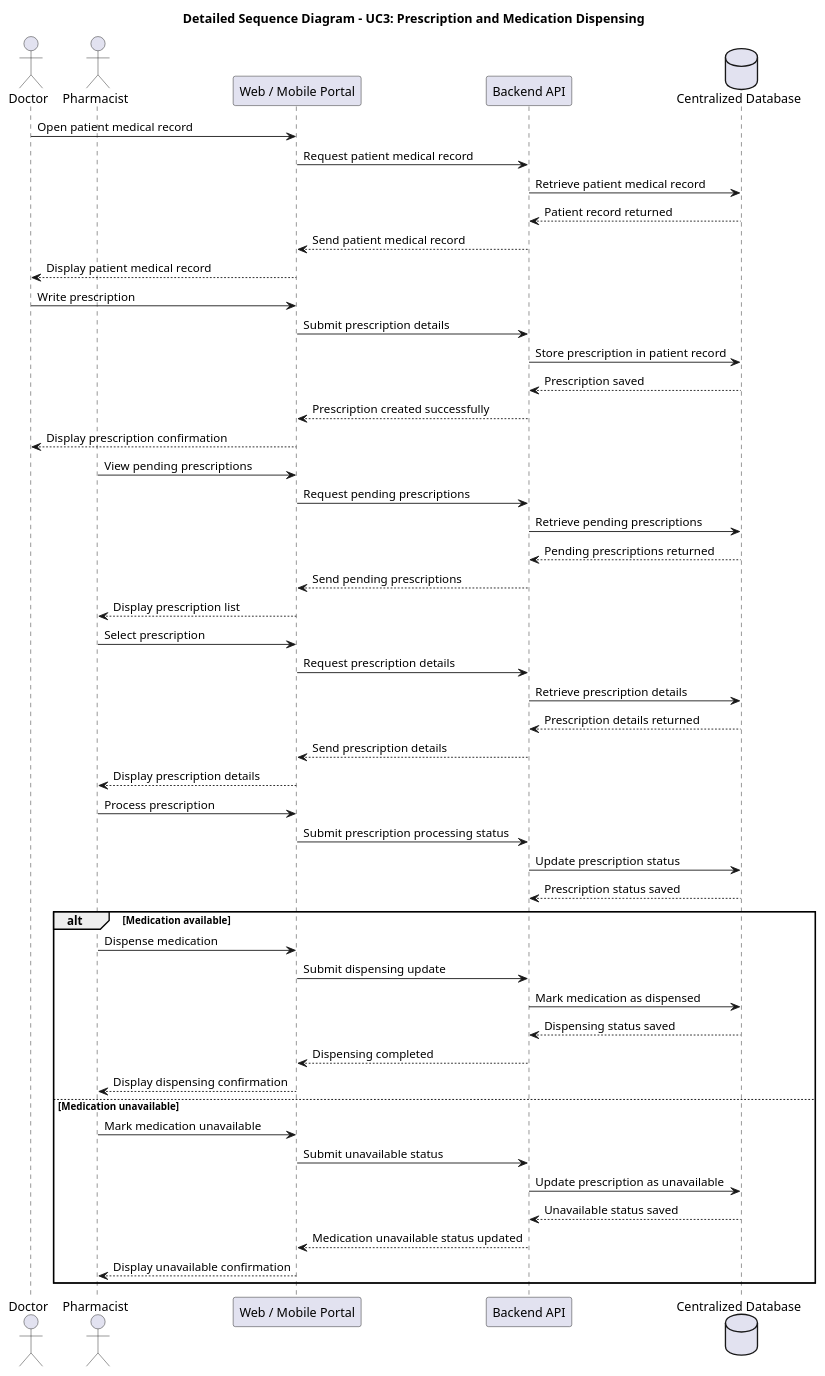
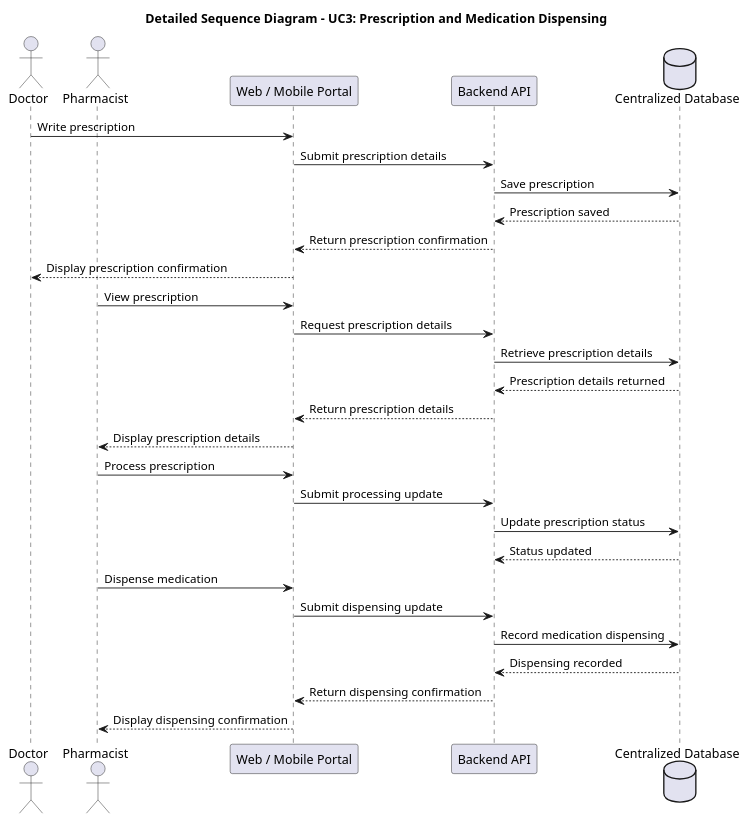
One commit to hamztion/Software_Project_Group8 changed the diagram in uml/sequence_prescription_medication.puml. Above: the diagram before and after it, drawn with PlantUML. The commit also changed 7 other files, not shown here.

Commit message:
Add detailed sequence diagrams for main hospital use cases

```diff
--- a/uml/sequence_prescription_medication.puml
+++ b/uml/sequence_prescription_medication.puml
@@ -1,74 +1,36 @@
 @startuml
 title Detailed Sequence Diagram - UC3: Prescription and Medication Dispensing
 
 actor Doctor as doctor
 actor Pharmacist as pharmacist
-
 participant "Web / Mobile Portal" as portal
 participant "Backend API" as api
 database "Centralized Database" as db
 
-doctor -> portal : Open patient medical record
-portal -> api : Request patient medical record
-
-api -> db : Retrieve patient medical record
-db --> api : Patient record returned
-
-api --> portal : Send patient medical record
-portal --> doctor : Display patient medical record
-
 doctor -> portal : Write prescription
 portal -> api : Submit prescription details
-
-api -> db : Store prescription in patient record
+api -> db : Save prescription
 db --> api : Prescription saved
-
-api --> portal : Prescription created successfully
+api --> portal : Return prescription confirmation
 portal --> doctor : Display prescription confirmation
 
-pharmacist -> portal : View pending prescriptions
-portal -> api : Request pending prescriptions
-
-api -> db : Retrieve pending prescriptions
-db --> api : Pending prescriptions returned
-
-api --> portal : Send pending prescriptions
-portal --> pharmacist : Display prescription list
-
-pharmacist -> portal : Select prescription
+pharmacist -> portal : View prescription
 portal -> api : Request prescription details
-
 api -> db : Retrieve prescription details
 db --> api : Prescription details returned
-
-api --> portal : Send prescription details
+api --> portal : Return prescription details
 portal --> pharmacist : Display prescription details
 
 pharmacist -> portal : Process prescription
-portal -> api : Submit prescription processing status
+portal -> api : Submit processing update
+api -> db : Update prescription status
+db --> api : Status updated
 
-api -> db : Update prescription status
-db --> api : Prescription status saved
-
-alt Medication available
-    pharmacist -> portal : Dispense medication
-    portal -> api : Submit dispensing update
-
-    api -> db : Mark medication as dispensed
-    db --> api : Dispensing status saved
-
-    api --> portal : Dispensing completed
-    portal --> pharmacist : Display dispensing confirmation
-
-else Medication unavailable
-    pharmacist -> portal : Mark medication unavailable
-    portal -> api : Submit unavailable status
-
-    api -> db : Update prescription as unavailable
-    db --> api : Unavailable status saved
-
-    api --> portal : Medication unavailable status updated
-    portal --> pharmacist : Display unavailable confirmation
-end
+pharmacist -> portal : Dispense medication
+portal -> api : Submit dispensing update
+api -> db : Record medication dispensing
+db --> api : Dispensing recorded
+api --> portal : Return dispensing confirmation
+portal --> pharmacist : Display dispensing confirmation
 
 @enduml
```
